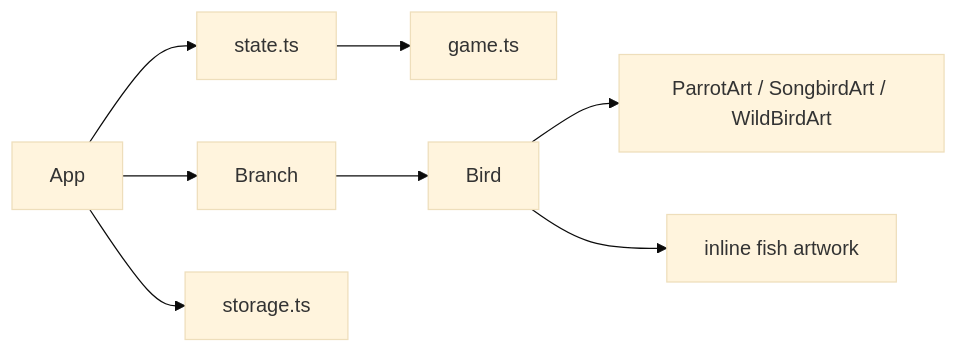
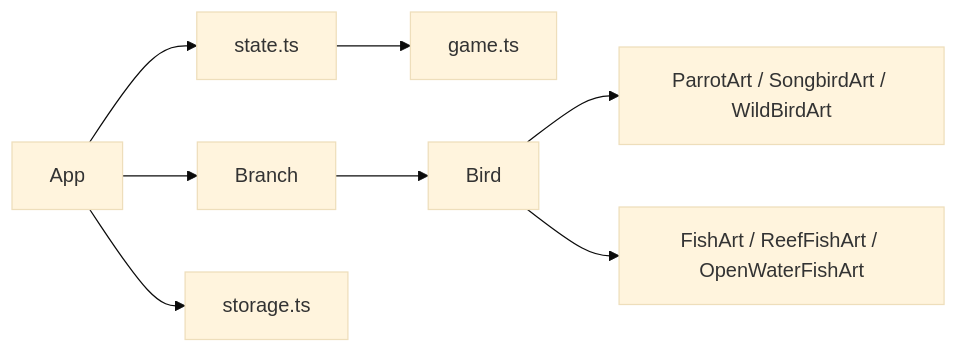
Before and after one commit to RJFryman/bird-sort: the diagram in ARCHITECTURE.md, drawn with Mermaid (base theme). The commit also changed 16 other files, not shown here.

````diff
--- a/ARCHITECTURE.md
+++ b/ARCHITECTURE.md
@@ -7,10 +7,10 @@
 ```mermaid
 flowchart LR
   App --> State[state.ts]
   State --> Game[game.ts]
   App --> Branch
   Branch --> Bird
   Bird --> Art[ParrotArt / SongbirdArt / WildBirdArt]
-  Bird --> Fish[inline fish artwork]
+  Bird --> Fish[FishArt / ReefFishArt / OpenWaterFishArt]
   App --> Storage[storage.ts]
 ```
````
